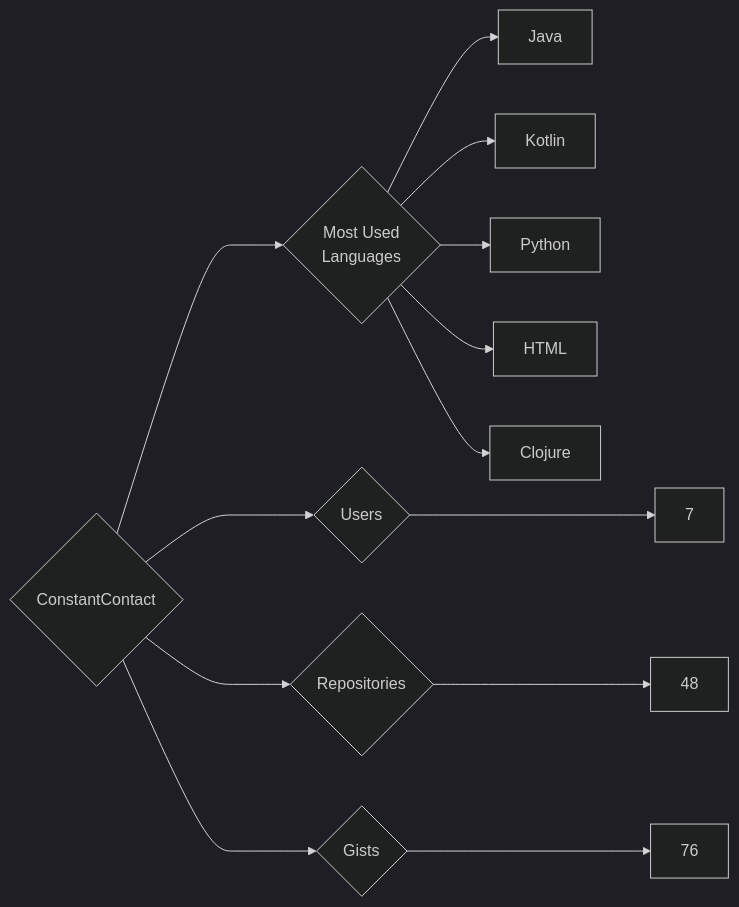
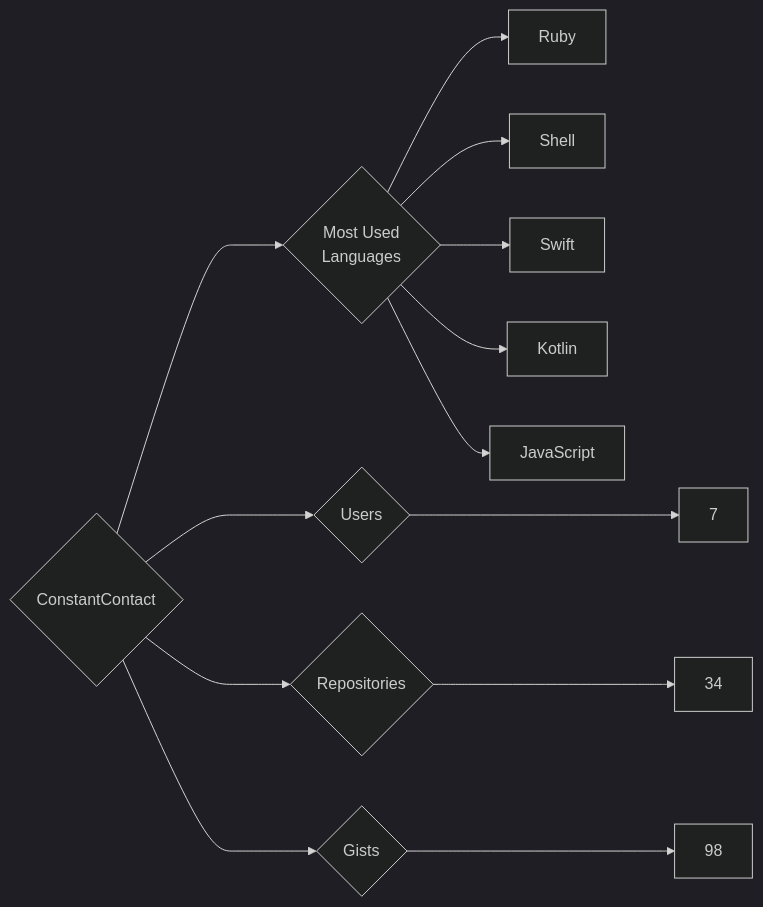
Before and after one commit to trickest/insiders: the diagram in targets/ConstantContact/README.md, drawn with Mermaid (dark theme). The commit also changed 1030 other files, not shown here.

````diff
--- a/targets/ConstantContact/README.md
+++ b/targets/ConstantContact/README.md
@@ -3,13 +3,13 @@
 ```mermaid
 graph LR
 COMPANY_NAME{ConstantContact}
 COMPANY_NAME ---> U{Users} ---> UN[7]
-COMPANY_NAME ---> R{Repositories} ---> RN[48]
-COMPANY_NAME ---> G{Gists} ---> GN[76]
+COMPANY_NAME ---> R{Repositories} ---> RN[34]
+COMPANY_NAME ---> G{Gists} ---> GN[98]
 COMPANY_NAME ---> ML{Most Used<br>Languages}
-ML --> Java[Java]
+ML --> Ruby[Ruby]
+ML --> Shell[Shell]
+ML --> Swift[Swift]
 ML --> Kotlin[Kotlin]
-ML --> Python[Python]
-ML --> HTML[HTML]
-ML --> Clojure[Clojure]
+ML --> JavaScript[JavaScript]
 ```
````
